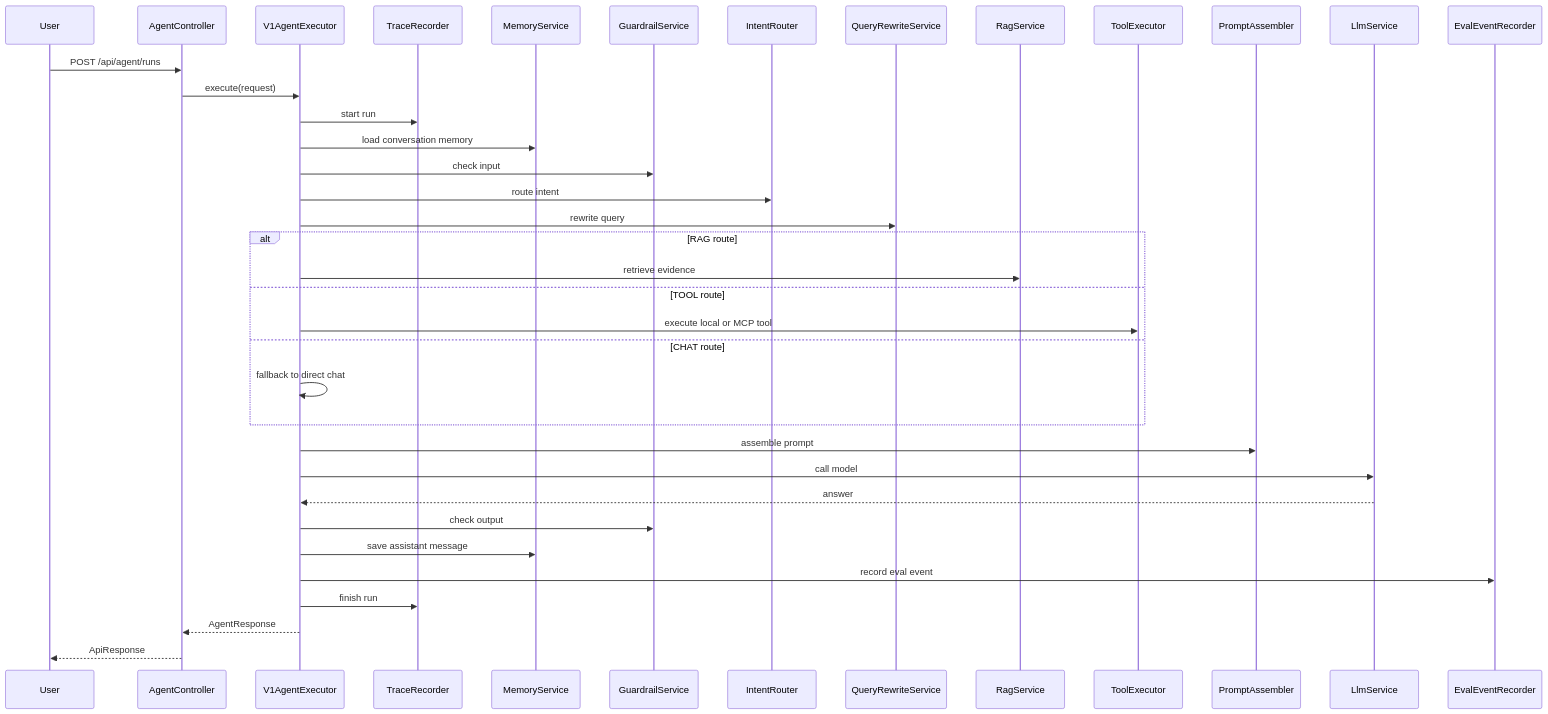
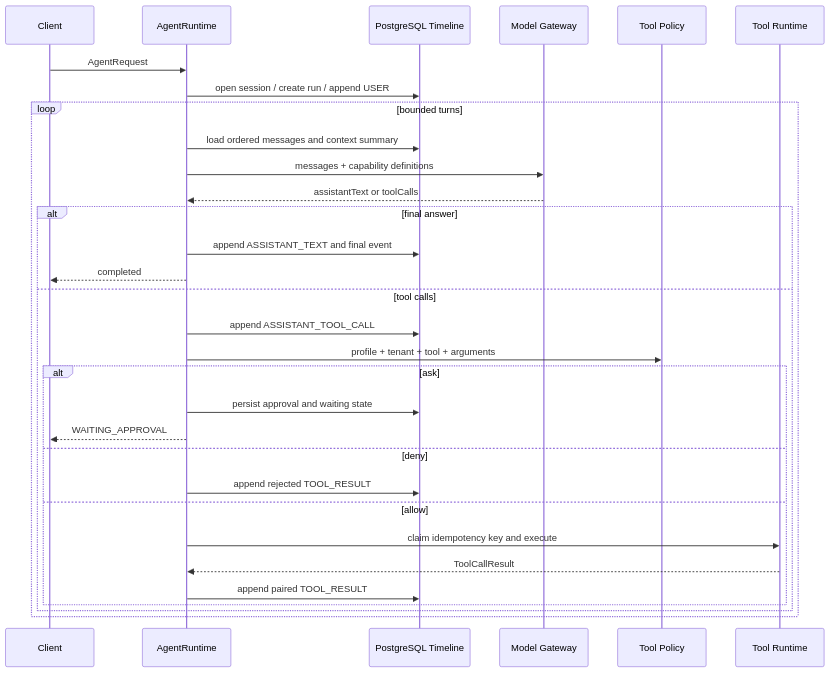
The second of 2 diagrams in docs/architecture.md (KunShengWang/enterprise-agent), drawn with Mermaid before and after one commit. The commit also changed other lines of this file and 30 other files, not shown here.

First line of the commit message:
重建项目文档体系：以统一 Agent Runtime 为唯一现行架构

````diff
--- a/docs/architecture.md
+++ b/docs/architecture.md
@@ -52,40 +35,34 @@
 ```mermaid
 sequenceDiagram
-    participant U as User
-    participant A as AgentController
-    participant E as V1AgentExecutor
-    participant T as TraceRecorder
-    participant M as MemoryService
-    participant G as GuardrailService
-    participant R as IntentRouter
-    participant Q as QueryRewriteService
-    participant K as RagService
-    participant Tool as ToolExecutor
-    participant P as PromptAssembler
-    participant L as LlmService
-    participant Eval as EvalEventRecorder
+    participant C as Client
+    participant R as AgentRuntime
+    participant DB as PostgreSQL Timeline
+    participant M as Model Gateway
+    participant P as Tool Policy
+    participant T as Tool Runtime
 
-    U->>A: POST /api/agent/runs
-    A->>E: execute(request)
-    E->>T: start run
-    E->>M: load conversation memory
-    E->>G: check input
-    E->>R: route intent
-    E->>Q: rewrite query
-    alt RAG route
-        E->>K: retrieve evidence
-    else TOOL route
-        E->>Tool: execute local or MCP tool
-    else CHAT route
-        E->>E: fallback to direct chat
+    C->>R: AgentRequest
+    R->>DB: open session / create run / append USER
+    loop bounded turns
+        R->>DB: load ordered messages and context summary
+        R->>M: messages + capability definitions
+        M-->>R: assistantText or toolCalls
+        alt final answer
+            R->>DB: append ASSISTANT_TEXT and final event
+            R-->>C: completed
+        else tool calls
+            R->>DB: append ASSISTANT_TOOL_CALL
+            R->>P: profile + tenant + tool + arguments
+            alt ask
+                R->>DB: persist approval and waiting state
+                R-->>C: WAITING_APPROVAL
+            else deny
+                R->>DB: append rejected TOOL_RESULT
+            else allow
+                R->>T: claim idempotency key and execute
+                T-->>R: ToolCallResult
+                R->>DB: append paired TOOL_RESULT
+            end
+        end
     end
-    E->>P: assemble prompt
-    E->>L: call model
-    L-->>E: answer
-    E->>G: check output
-    E->>M: save assistant message
-    E->>Eval: record eval event
-    E->>T: finish run
-    E-->>A: AgentResponse
-    A-->>U: ApiResponse
 ```
````
